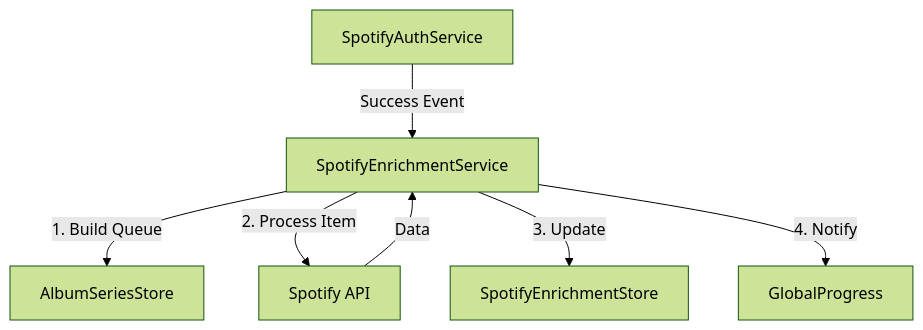
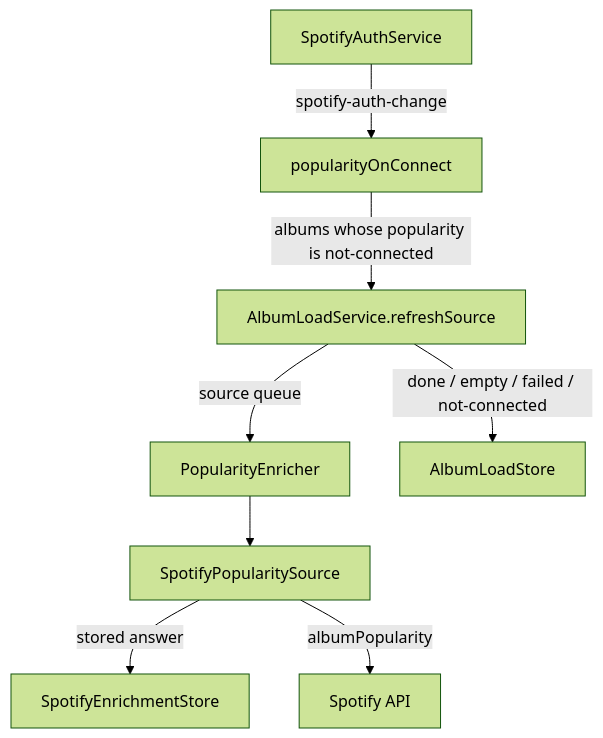
The second of 2 diagrams in docs/manual/17_Frontend_Services.md (maujrp99/MJRP_AlbumsBalancedPlaylists_v0), drawn with Mermaid (forest theme) before and after one commit. The commit also changed other lines of this file and 15 other files, not shown here.

````diff
--- a/docs/manual/17_Frontend_Services.md
+++ b/docs/manual/17_Frontend_Services.md
@@ -73,9 +72,10 @@
 ```mermaid
 graph TD
-    Auth[SpotifyAuthService] -->|Success Event| SES[SpotifyEnrichmentService]
-    SES -->|1. Build Queue| Store[AlbumSeriesStore]
-    SES -->|2. Process Item| API[Spotify API]
-    API -->|Data| SES
-    SES -->|3. Update| DB[SpotifyEnrichmentStore]
-    SES -->|4. Notify| UI[GlobalProgress]
+    Auth[SpotifyAuthService] -->|spotify-auth-change| OC[popularityOnConnect]
+    OC -->|albums whose popularity is not-connected| LS[AlbumLoadService.refreshSource]
+    LS -->|source queue| PE[PopularityEnricher]
+    PE --> SRC[SpotifyPopularitySource]
+    SRC -->|stored answer| DB[SpotifyEnrichmentStore]
+    SRC -->|albumPopularity| API[Spotify API]
+    LS -->|done / empty / failed / not-connected| Store[AlbumLoadStore]
 ```
````
